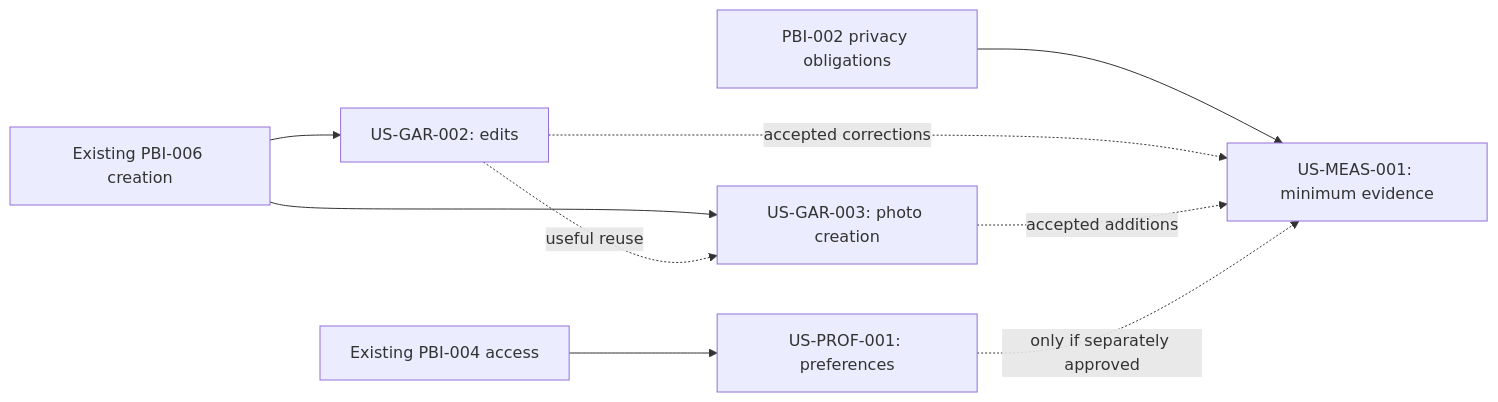
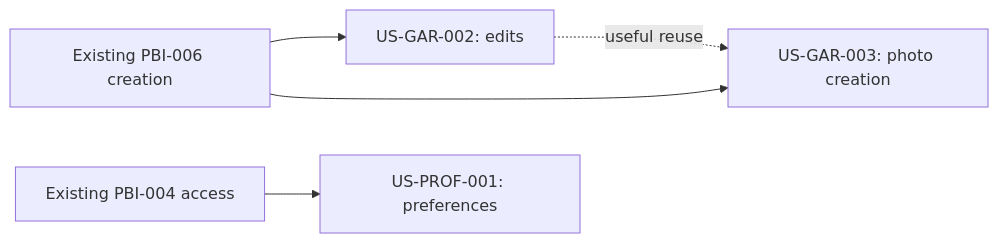
The first of 3 diagrams in docs/06-scrum/sprints/sprint-03/sprint-plan.md (luubinhdeptrai/CapsuleAI), drawn with Mermaid before and after one commit. The commit also changed other lines of this file, not shown here.

Commit message:
remove US-MEAS-001 out of sprint 3 planning

````diff
--- a/docs/06-scrum/sprints/sprint-03/sprint-plan.md
+++ b/docs/06-scrum/sprints/sprint-03/sprint-plan.md
@@ -202,11 +184,7 @@
 ```mermaid
 flowchart LR
     A["Existing PBI-006 creation"] --> G["US-GAR-002: edits"]
     A --> I["US-GAR-003: photo creation"]
     B["Existing PBI-004 access"] --> P["US-PROF-001: preferences"]
-    C["PBI-002 privacy obligations"] --> M["US-MEAS-001: minimum evidence"]
     G -. "useful reuse" .-> I
-    G -. "accepted corrections" .-> M
-    I -. "accepted additions" .-> M
-    P -. "only if separately approved" .-> M
 ```
````
